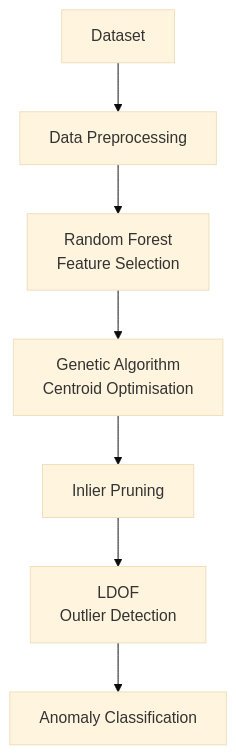
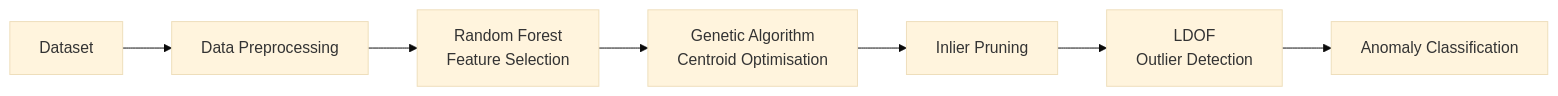
Before and after one commit to Tomnowell/tomnowell.github.io: the diagram in _posts/2026-10-20-Exploring-Machine-Learning-for-Network-Anomaly-Detection.md, drawn with Mermaid (base theme). The commit also changed 1 other file, not shown here.

Commit message:
Make flowchart L->R

````diff
--- a/_posts/2026-10-20-Exploring-Machine-Learning-for-Network-Anomaly-Detection.md
+++ b/_posts/2026-10-20-Exploring-Machine-Learning-for-Network-Anomaly-Detection.md
@@ -58,9 +58,9 @@
 ```mermaid
-flowchart TD;
+flowchart LR;
     A["Dataset"] --> B["Data Preprocessing"];
     B --> C["Random Forest<br/>Feature Selection"];
     C --> D["Genetic Algorithm<br/>Centroid Optimisation"];
     D --> E["Inlier Pruning"];
     E --> F["LDOF<br/>Outlier Detection"];
     F --> G["Anomaly Classification"];
 ```
````
